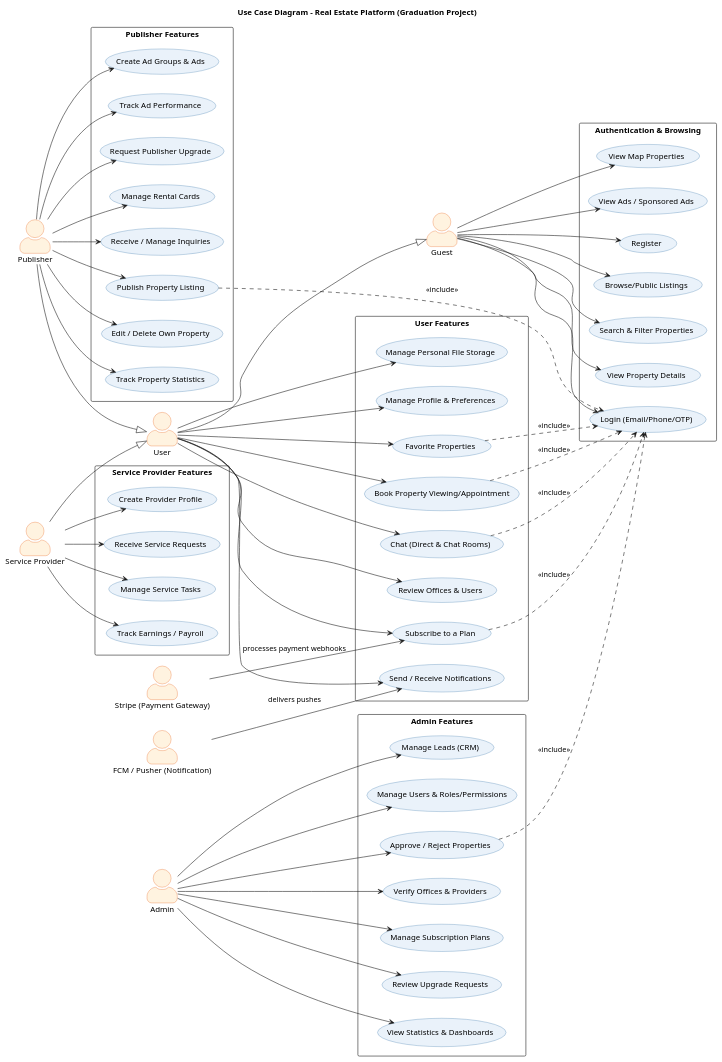
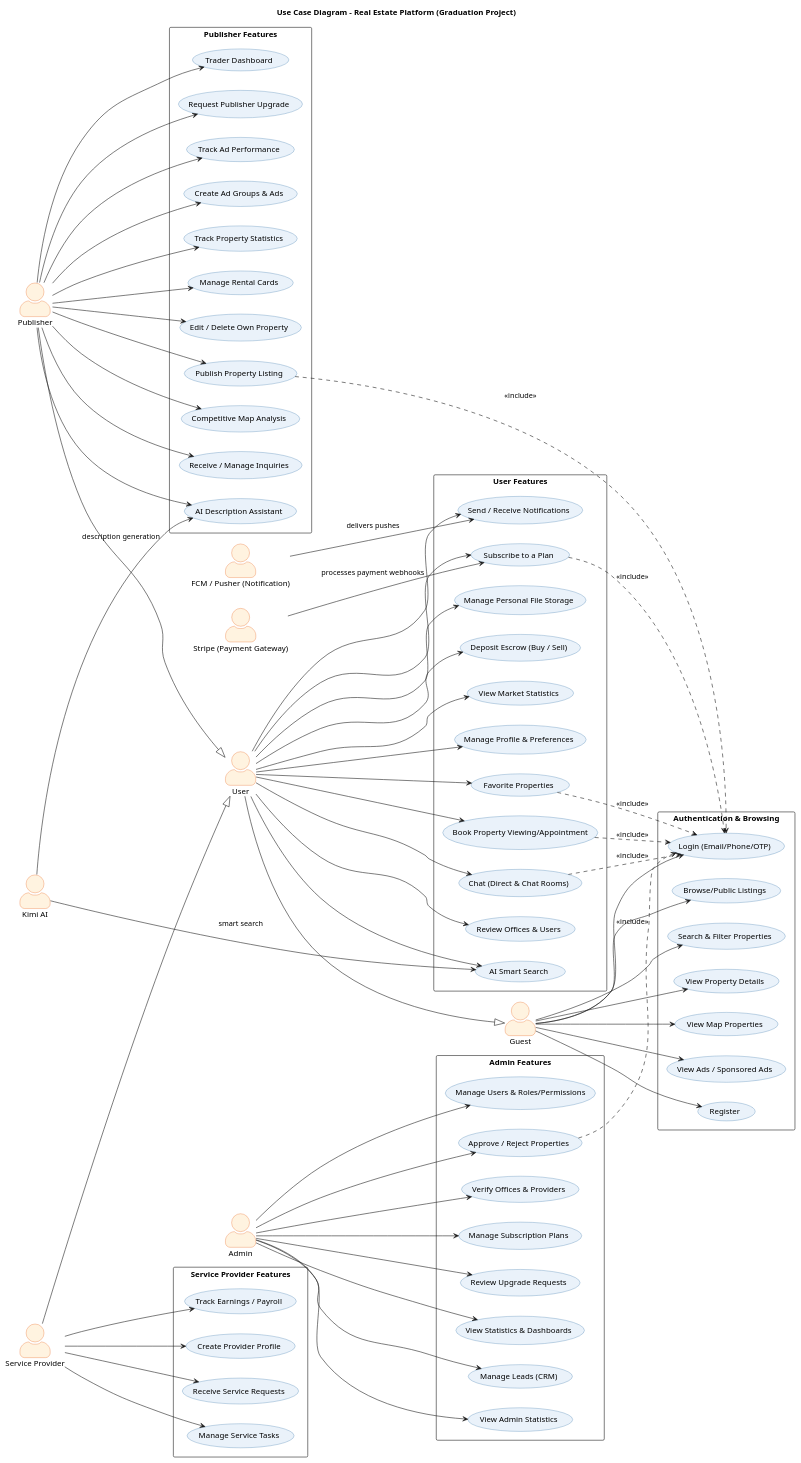
The diagram in docs/diagrams/use-case.puml (muhammad-anas-darwish/real-estate), drawn with PlantUML before and after one commit. The commit also changed 12 other files, not shown here.

Commit message:
diagrams and permissions

```diff
--- a/docs/diagrams/use-case.puml
+++ b/docs/diagrams/use-case.puml
@@ -1,135 +1,152 @@
 @startuml
 left to right direction
 skinparam actorStyle awesome
 skinparam packageStyle rectangle
 skinparam usecase {
   BackgroundColor #EAF2FA
   BorderColor #2E6DA4
 }
 skinparam actor {
   BackgroundColor #FFF3E0
   BorderColor #E65100
 }
 
 title Use Case Diagram - Real Estate Platform (Graduation Project)
 
 ' ================= ACTORS =================
 actor Guest as G
 actor User as U
 actor Publisher as P
 actor "Service Provider" as SP
 actor Admin as A
 actor "Stripe (Payment Gateway)" as PG
 actor "FCM / Pusher (Notification)" as NP
+actor "Kimi AI" as Kimi
 
 ' inheritances
 P --|> U
 SP --|> U
 U --|> G
 
 ' ================= GUEST =================
 rectangle "Authentication & Browsing" {
   usecase "Register" as UC_Register
   usecase "Login (Email/Phone/OTP)" as UC_Login
   usecase "Browse/Public Listings" as UC_Browse
   usecase "Search & Filter Properties" as UC_Search
   usecase "View Property Details" as UC_ViewProp
   usecase "View Map Properties" as UC_Map
   usecase "View Ads / Sponsored Ads" as UC_Ads
 }
 
 G --> UC_Register
 G --> UC_Login
 G --> UC_Browse
 G --> UC_Search
 G --> UC_ViewProp
 G --> UC_Map
 G --> UC_Ads
 
 ' ================= USER (general) =================
 rectangle "User Features" {
   usecase "Manage Profile & Preferences" as UC_Profile
   usecase "Favorite Properties" as UC_Favorite
   usecase "Book Property Viewing/Appointment" as UC_Appointment
   usecase "Chat (Direct & Chat Rooms)" as UC_Chat
   usecase "Send / Receive Notifications" as UC_Notify
   usecase "Review Offices & Users" as UC_Review
   usecase "Subscribe to a Plan" as UC_Subscribe
   usecase "Manage Personal File Storage" as UC_Files
+  usecase "Deposit Escrow (Buy / Sell)" as UC_Deposit
+  usecase "AI Smart Search" as UC_AiSearch
+  usecase "View Market Statistics" as UC_MarketStats
 }
 
 U --> UC_Profile
 U --> UC_Favorite
 U --> UC_Appointment
 U --> UC_Chat
 U --> UC_Notify
 U --> UC_Review
 U --> UC_Subscribe
 U --> UC_Files
+U --> UC_Deposit
+U --> UC_AiSearch
+U --> UC_MarketStats
 
 ' ================= PUBLISHER =================
 rectangle "Publisher Features" {
   usecase "Publish Property Listing" as UC_PublishProp
   usecase "Edit / Delete Own Property" as UC_EditProp
   usecase "Track Property Statistics" as UC_PropStats
   usecase "Create Ad Groups & Ads" as UC_CreateAds
   usecase "Track Ad Performance" as UC_AdStats
   usecase "Request Publisher Upgrade" as UC_Upgrade
   usecase "Manage Rental Cards" as UC_Rental
   usecase "Receive / Manage Inquiries" as UC_Inquiries
+  usecase "AI Description Assistant" as UC_AiDesc
+  usecase "Trader Dashboard" as UC_TraderStats
+  usecase "Competitive Map Analysis" as UC_CompetitiveMap
 }
 
 P --> UC_PublishProp
 P --> UC_EditProp
 P --> UC_PropStats
 P --> UC_CreateAds
 P --> UC_AdStats
 P --> UC_Upgrade
 P --> UC_Rental
 P --> UC_Inquiries
+P --> UC_AiDesc
+P --> UC_TraderStats
+P --> UC_CompetitiveMap
 
 ' ================= SERVICE PROVIDER =================
 rectangle "Service Provider Features" {
   usecase "Create Provider Profile" as UC_ProviderProfile
   usecase "Receive Service Requests" as UC_ServiceRequests
   usecase "Manage Service Tasks" as UC_Tasks
   usecase "Track Earnings / Payroll" as UC_Payroll
 }
 
 SP --> UC_ProviderProfile
 SP --> UC_ServiceRequests
 SP --> UC_Tasks
 SP --> UC_Payroll
 
 ' ================= ADMIN =================
 rectangle "Admin Features" {
   usecase "Manage Users & Roles/Permissions" as UC_AdminUsers
   usecase "Approve / Reject Properties" as UC_ApproveProp
   usecase "Verify Offices & Providers" as UC_Verify
   usecase "Manage Subscription Plans" as UC_AdminPlans
   usecase "Review Upgrade Requests" as UC_AdminUpgrade
   usecase "View Statistics & Dashboards" as UC_Dashboard
   usecase "Manage Leads (CRM)" as UC_Crm
+  usecase "View Admin Statistics" as UC_AdminStats
 }
 
 A --> UC_AdminUsers
 A --> UC_ApproveProp
 A --> UC_Verify
 A --> UC_AdminPlans
 A --> UC_AdminUpgrade
 A --> UC_Dashboard
 A --> UC_Crm
+A --> UC_AdminStats
 
 ' ================= EXTERNAL SYSTEMS =================
 PG --> UC_Subscribe : "processes payment webhooks"
 NP --> UC_Notify : "delivers pushes"
+Kimi --> UC_AiSearch : "smart search"
+Kimi --> UC_AiDesc : "description generation"
 
 ' ================= INCLUDE RELATIONSHIPS =================
 UC_PublishProp ..> UC_Login : <<include>>
 UC_Favorite ..> UC_Login : <<include>>
 UC_Appointment ..> UC_Login : <<include>>
 UC_Chat ..> UC_Login : <<include>>
 UC_Subscribe ..> UC_Login : <<include>>
 UC_ApproveProp ..> UC_Login : <<include>>
 
 @enduml
```
